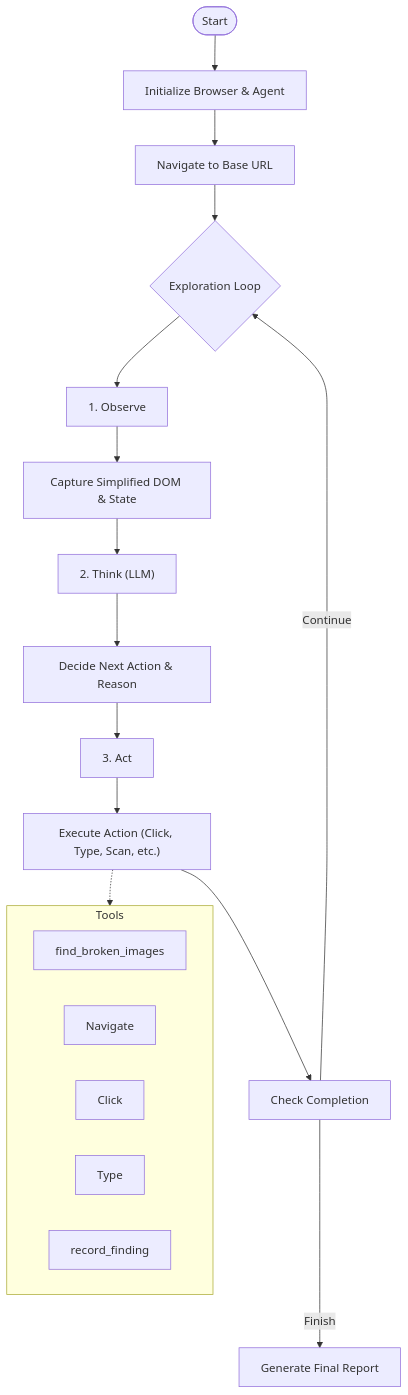
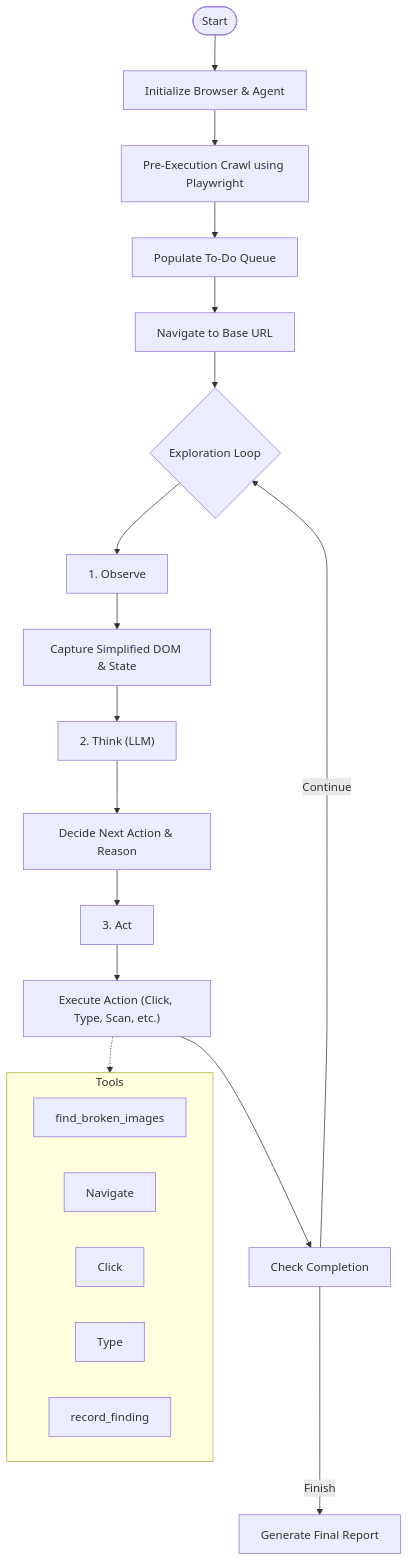
One commit to crislerwin/qa-agent changed the diagram in README.md. Above: the diagram before and after it, drawn with Mermaid. The commit also changed other lines of this file, not shown here.

````diff
--- a/README.md
+++ b/README.md
@@ -21,29 +21,31 @@
 ```mermaid
 graph TD
     Start([Start]) --> Init[Initialize Browser & Agent]
-    Init --> Nav[Navigate to Base URL]
+    Init --> Crawl[Pre-Execution Crawl using Playwright]
+    Crawl --> Populate[Populate To-Do Queue]
+    Populate --> Nav[Navigate to Base URL]
     Nav --> Loop{Exploration Loop}
 
     Loop --> Observe[1. Observe]
     Observe --> Snapshot["Capture Simplified DOM & State"]
 
     Snapshot --> Think["2. Think (LLM)"]
     Think --> Plan["Decide Next Action & Reason"]
 
     Plan --> Act[3. Act]
     Act --> Execute["Execute Action (Click, Type, Scan, etc.)"]
 
     Execute --> Check[Check Completion]
     Check -- Continue --> Loop
     Check -- Finish --> Report[Generate Final Report]
 
     subgraph Tools
     FindBroken[find_broken_images]
     Navigate
     Click
     Type
     RecordFinding[record_finding]
     end
 
     Execute -.-> Tools
 ```
````
